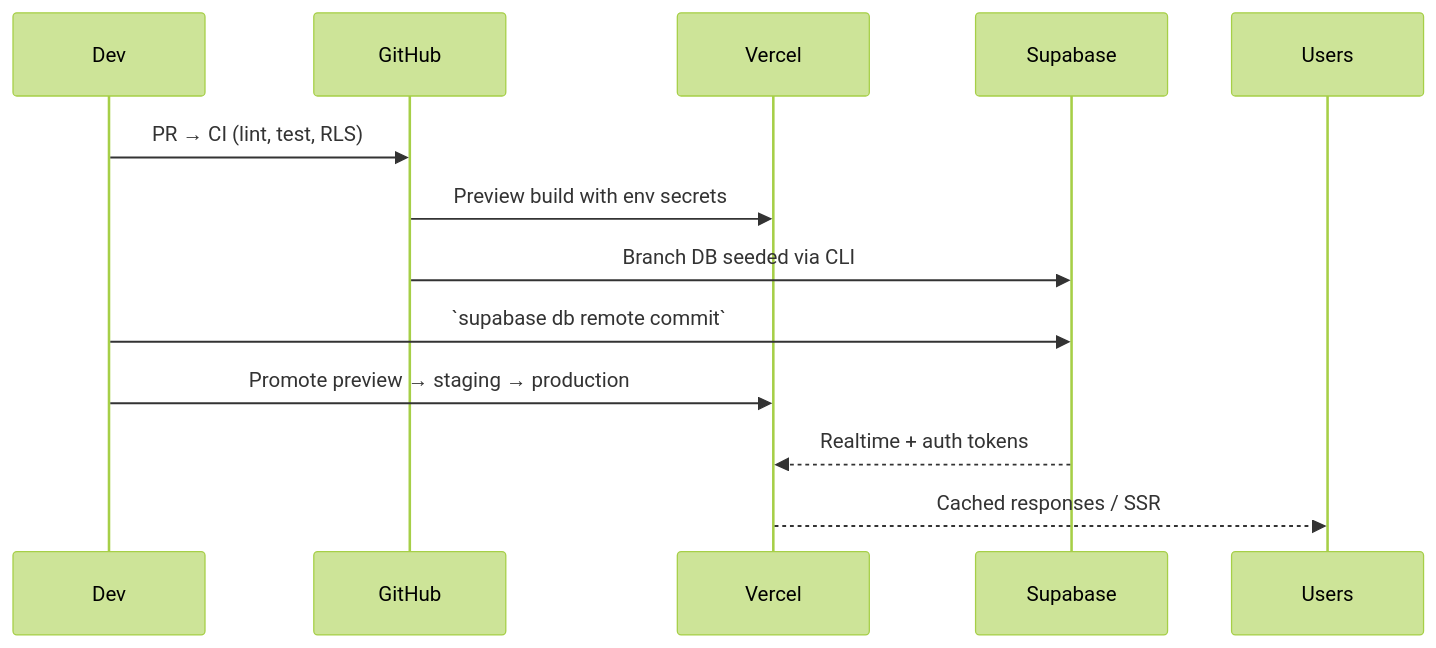
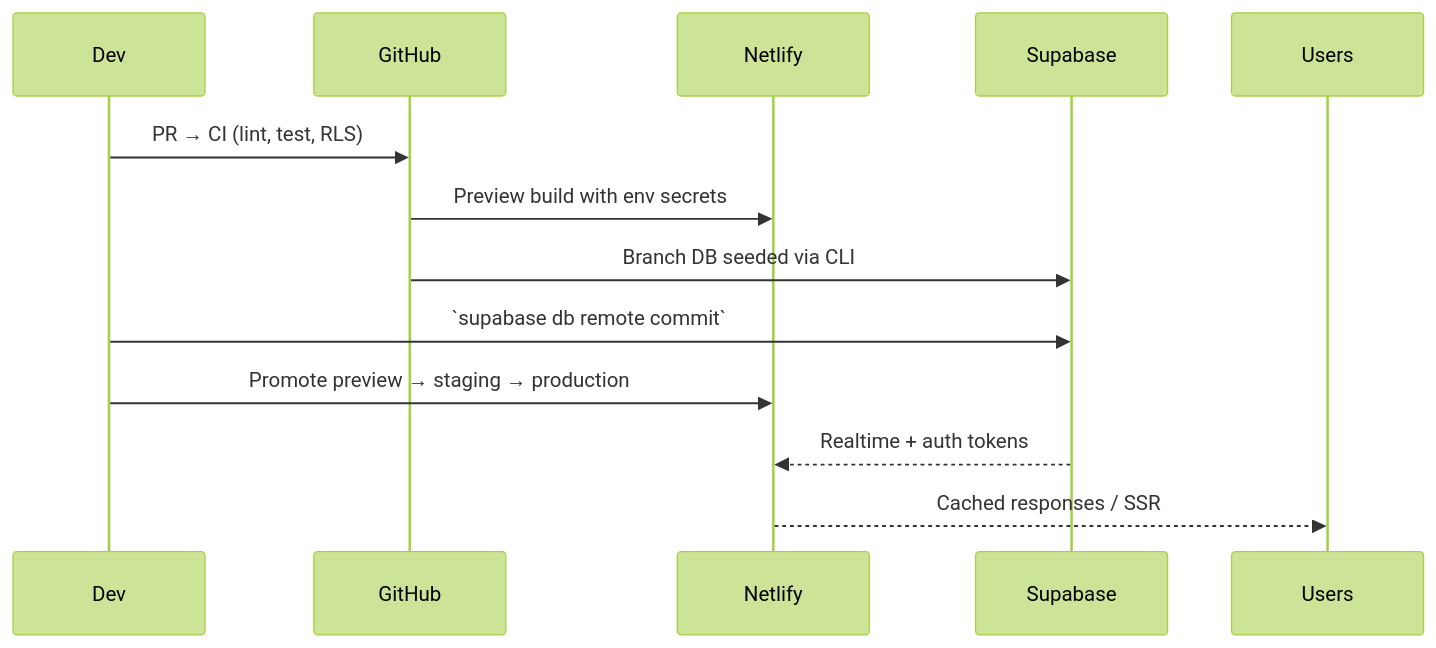
The diagram in ARCHITECTURE.md (ikanisa/ibimina), drawn with Mermaid (forest theme) before and after one commit. The commit also changed 12 other files, not shown here.

Commit message:
Remove Vercel and Cloudflare files, update configurations for Netlify

````diff
--- a/ARCHITECTURE.md
+++ b/ARCHITECTURE.md
@@ -36,15 +36,15 @@
 ```mermaid
 sequenceDiagram
   participant Dev
   participant GitHub
-  participant Vercel
+  participant Netlify
   participant Supabase
 
   Dev->>GitHub: PR → CI (lint, test, RLS)
-  GitHub->>Vercel: Preview build with env secrets
+  GitHub->>Netlify: Preview build with env secrets
   GitHub->>Supabase: Branch DB seeded via CLI
   Dev->>Supabase: `supabase db remote commit`
-  Dev->>Vercel: Promote preview → staging → production
-  Supabase-->>Vercel: Realtime + auth tokens
-  Vercel-->>Users: Cached responses / SSR
+  Dev->>Netlify: Promote preview → staging → production
+  Supabase-->>Netlify: Realtime + auth tokens
+  Netlify-->>Users: Cached responses / SSR
 ```
````
